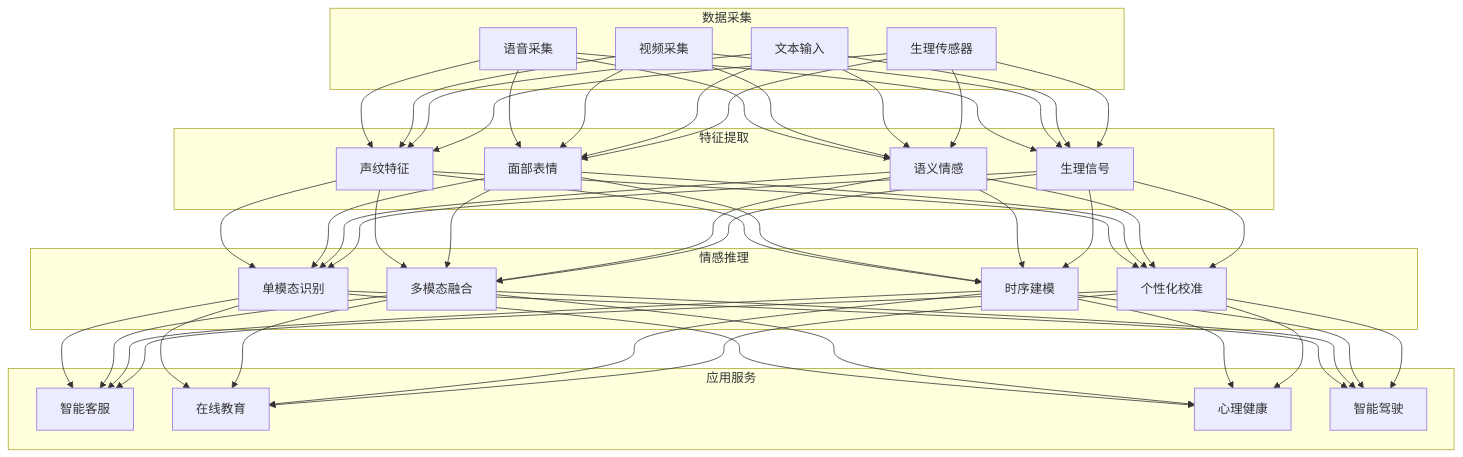
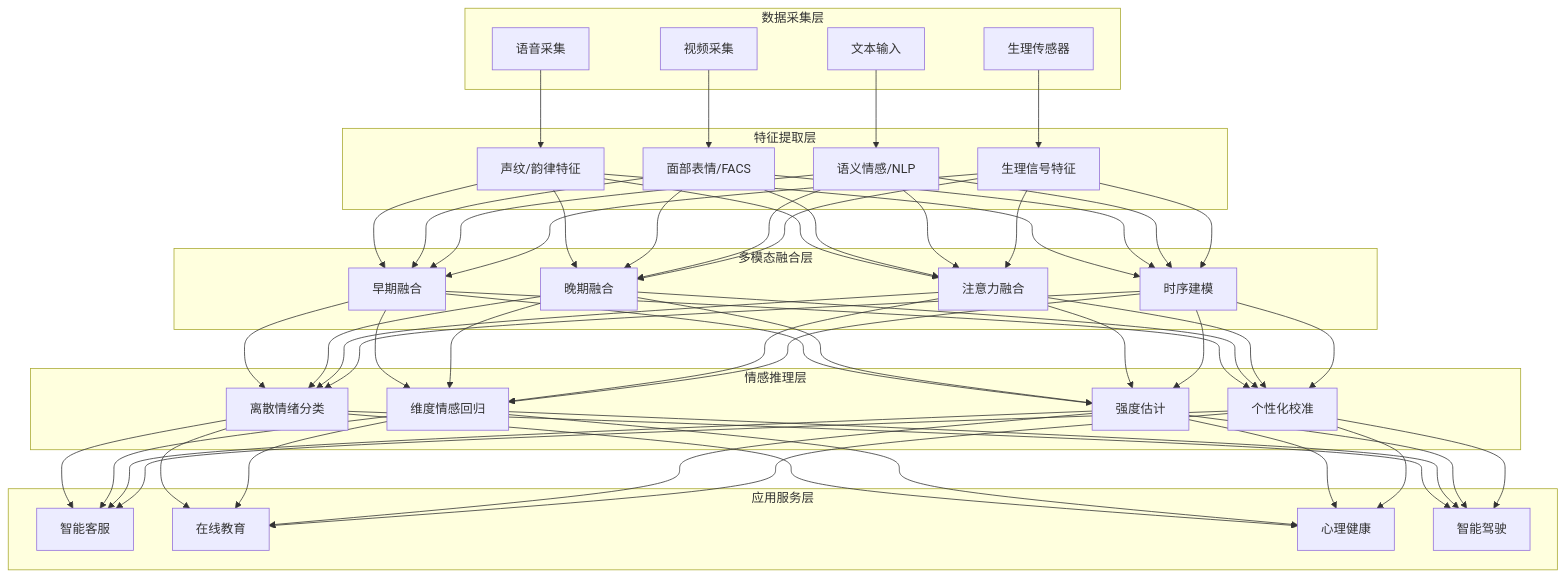
The first of 3 diagrams in topic-application-architecture/75-affective-computing.md (kudig-io/kudig-database), drawn with Mermaid before and after one commit. The commit also changed other lines of this file and 8633 other files, not shown here.

````diff
--- a/topic-application-architecture/75-affective-computing.md
+++ b/topic-application-architecture/75-affective-computing.md
@@ -49,34 +120,45 @@
 ```mermaid
 graph TB
-    subgraph 数据采集
+    subgraph 数据采集层
         D1[语音采集]
         D2[视频采集]
         D3[文本输入]
         D4[生理传感器]
     end
 
-    subgraph 特征提取
-        F1[声纹特征]
-        F2[面部表情]
-        F3[语义情感]
-        F4[生理信号]
+    subgraph 特征提取层
+        F1[声纹/韵律特征]
+        F2[面部表情/FACS]
+        F3[语义情感/NLP]
+        F4[生理信号特征]
     end
 
-    subgraph 情感推理
-        E1[单模态识别]
-        E2[多模态融合]
-        E3[时序建模]
-        E4[个性化校准]
+    subgraph 多模态融合层
+        E1[早期融合]
+        E2[晚期融合]
+        E3[注意力融合]
+        E4[时序建模]
     end
 
-    subgraph 应用服务
+    subgraph 情感推理层
+        R1[离散情绪分类]
+        R2[维度情感回归]
+        R3[强度估计]
+        R4[个性化校准]
+    end
+
+    subgraph 应用服务层
         A1[智能客服]
         A2[在线教育]
         A3[心理健康]
         A4[智能驾驶]
     end
 
-    D1 & D2 & D3 & D4 --> F1 & F2 & F3 & F4
+    D1 --> F1
+    D2 --> F2
+    D3 --> F3
+    D4 --> F4
     F1 & F2 & F3 & F4 --> E1 & E2 & E3 & E4
-    E1 & E2 & E3 & E4 --> A1 & A2 & A3 & A4
+    E1 & E2 & E3 & E4 --> R1 & R2 & R3 & R4
+    R1 & R2 & R3 & R4 --> A1 & A2 & A3 & A4
 ```
````
